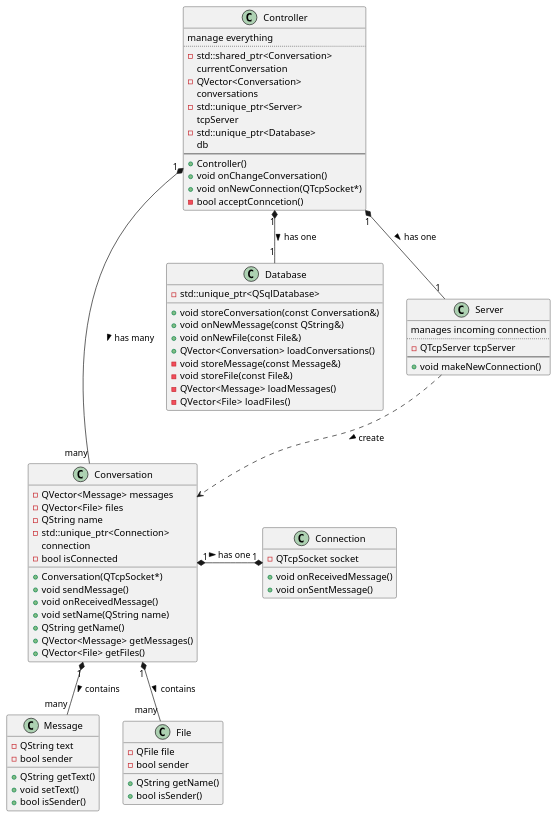
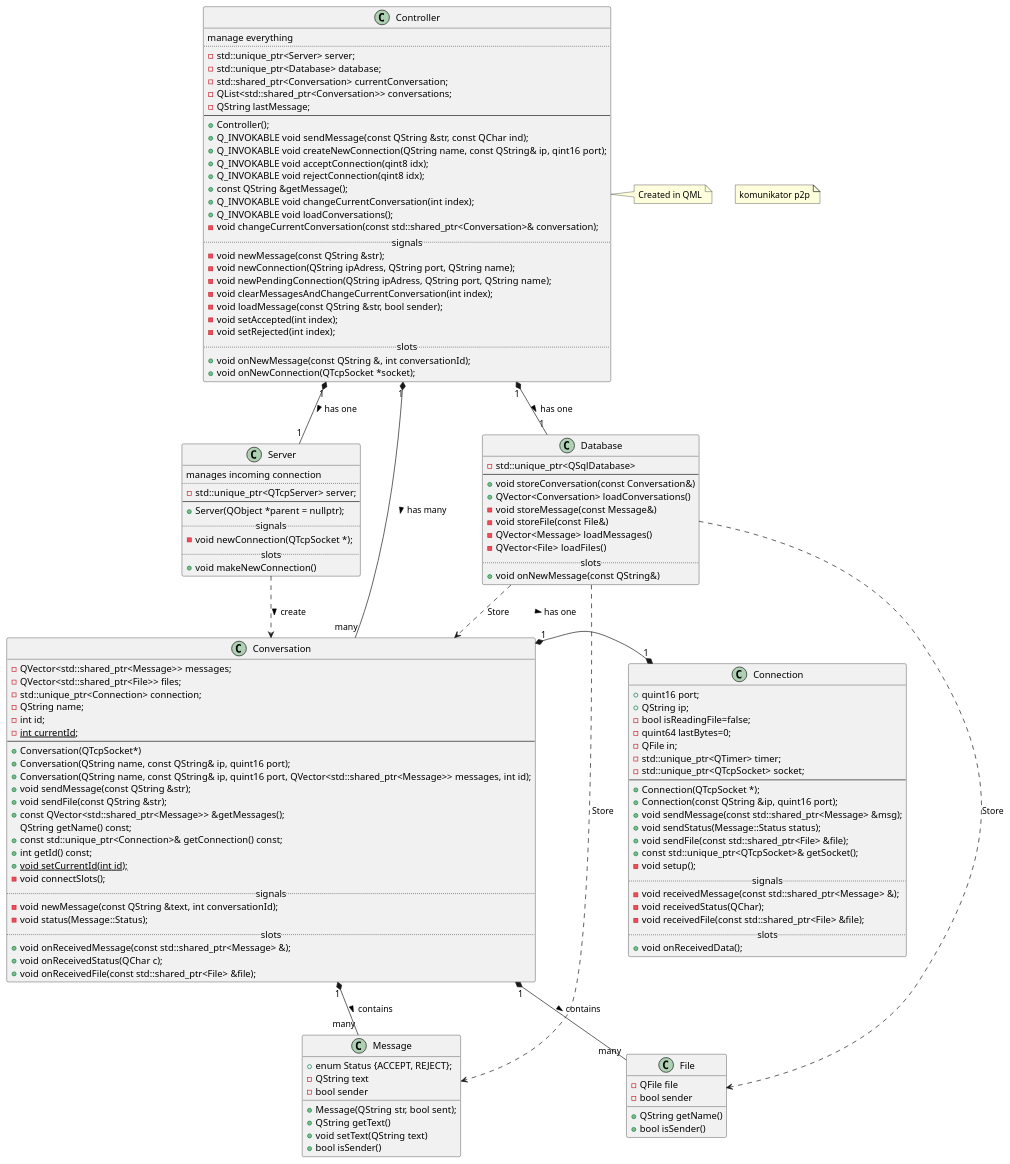
Before and after one commit to dstopka/p2p-communicator: the diagram in uml/diagram.puml, drawn with PlantUML.

Commit message:
final update in UML

```diff
--- a/uml/diagram.puml
+++ b/uml/diagram.puml
@@ -2,94 +2,149 @@
 @startuml
+note "komunikator p2p" as Title
 
 class Controller
 class Database
 class Conversation
 class Message
 class Server
 class Connection
 class File
 
 Controller "1" *-- "many" Conversation : has many >
 Controller "1" *-- "1" Database : has one >
 Controller "1" *-- "1" Server : has one >
 Conversation "1" *-- "many" Message : contains >
 Conversation "1" *-- "many" File : contains >
 Server ..> Conversation : create >
 Conversation "1" *-* "1" Connection : has one >
+Database ..> Conversation : Store
+Database ..> Message : Store
+Database ..> File : Store
 
+note right of Controller: Created in QML
 class Controller {
 manage everything
 ..
--std::shared_ptr<Conversation>
-currentConversation
--QVector<Conversation>
-conversations
--std::unique_ptr<Server>
-tcpServer
--std::unique_ptr<Database>
-db
+-std::unique_ptr<Server> server;
+-std::unique_ptr<Database> database;
+-std::shared_ptr<Conversation> currentConversation;
+-QList<std::shared_ptr<Conversation>> conversations;
+-QString lastMessage;
 --
-+Controller()
-+void onChangeConversation()
-+void onNewConnection(QTcpSocket*)
--bool acceptConncetion()
++Controller();
++Q_INVOKABLE void sendMessage(const QString &str, const QChar ind);
++Q_INVOKABLE void createNewConnection(QString name, const QString& ip, qint16 port);
++Q_INVOKABLE void acceptConnection(qint8 idx);
++Q_INVOKABLE void rejectConnection(qint8 idx);
++const QString &getMessage();
++Q_INVOKABLE void changeCurrentConversation(int index);
++Q_INVOKABLE void loadConversations();
+-void changeCurrentConversation(const std::shared_ptr<Conversation>& conversation);
+..signals..
+-void newMessage(const QString &str);
+-void newConnection(QString ipAdress, QString port, QString name);
+-void newPendingConnection(QString ipAdress, QString port, QString name);
+-void clearMessagesAndChangeCurrentConversation(int index);
+-void loadMessage(const QString &str, bool sender);
+-void setAccepted(int index);
+-void setRejected(int index);
+..slots..
++void onNewMessage(const QString &, int conversationId);
++void onNewConnection(QTcpSocket *socket);
 }
 
 class Conversation {
+-QVector<std::shared_ptr<Message>> messages;
+-QVector<std::shared_ptr<File>> files;
+-std::unique_ptr<Connection> connection;
+-QString name;
+-int id;
+-{static} int currentId;
+--
 +Conversation(QTcpSocket*)
-+void sendMessage()
-+void onReceivedMessage()
-+void setName(QString name)
-+QString getName()
-+QVector<Message> getMessages()
-+QVector<File> getFiles()
--QVector<Message> messages
--QVector<File> files
--QString name
--std::unique_ptr<Connection>
-connection
--bool isConnected
++Conversation(QString name, const QString& ip, quint16 port);
++Conversation(QString name, const QString& ip, quint16 port, QVector<std::shared_ptr<Message>> messages, int id);
++void sendMessage(const QString &str);
++void sendFile(const QString &str);
++const QVector<std::shared_ptr<Message>> &getMessages();
+QString getName() const;
++const std::unique_ptr<Connection>& getConnection() const;
++int getId() const;
++{static} void setCurrentId(int id);
+-void connectSlots();
+..signals..
+-void newMessage(const QString &text, int conversationId);
+-void status(Message::Status);
+..slots..
++void onReceivedMessage(const std::shared_ptr<Message> &);
++void onReceivedStatus(QChar c);
++void onReceivedFile(const std::shared_ptr<File> &file);
 }
 
 class Message {
++enum Status {ACCEPT, REJECT};
++Message(QString str, bool sent);
 +QString getText()
-+void setText()
++void setText(QString text)
 +bool isSender()
 -QString text
 -bool sender
 }
 
 class Server {
 manages incoming connection
 ..
--QTcpServer tcpServer
+-std::unique_ptr<QTcpServer> server;
 --
++Server(QObject *parent = nullptr);
+..signals..
+-void newConnection(QTcpSocket *);
+..slots..
 +void makeNewConnection()
 }
 
 class Connection {
-+void onReceivedMessage()
-+void onSentMessage()
--QTcpSocket socket
++quint16 port;
++QString ip;
+-bool isReadingFile=false;
+-quint64 lastBytes=0;
+-QFile in;
+-std::unique_ptr<QTimer> timer;
+-std::unique_ptr<QTcpSocket> socket;
+--
++Connection(QTcpSocket *);
++Connection(const QString &ip, quint16 port);
++void sendMessage(const std::shared_ptr<Message> &msg);
++void sendStatus(Message::Status status);
++void sendFile(const std::shared_ptr<File> &file);
++const std::unique_ptr<QTcpSocket>& getSocket();
+-void setup();
+..signals..
+-void receivedMessage(const std::shared_ptr<Message> &);
+-void receivedStatus(QChar);
+-void receivedFile(const std::shared_ptr<File> &file);
+..slots..
++void onReceivedData();
 }
 
 class File {
 +QString getName()
 +bool isSender()
 -QFile file
 -bool sender
 }
 
 class Database {
 -std::unique_ptr<QSqlDatabase>
+--
 +void storeConversation(const Conversation&)
-+void onNewMessage(const QString&)
-+void onNewFile(const File&)
 +QVector<Conversation> loadConversations()
 -void storeMessage(const Message&)
 -void storeFile(const File&)
 -QVector<Message> loadMessages()
 -QVector<File>  loadFiles()
+..slots..
++void onNewMessage(const QString&)
 }
 
 @enduml
```
